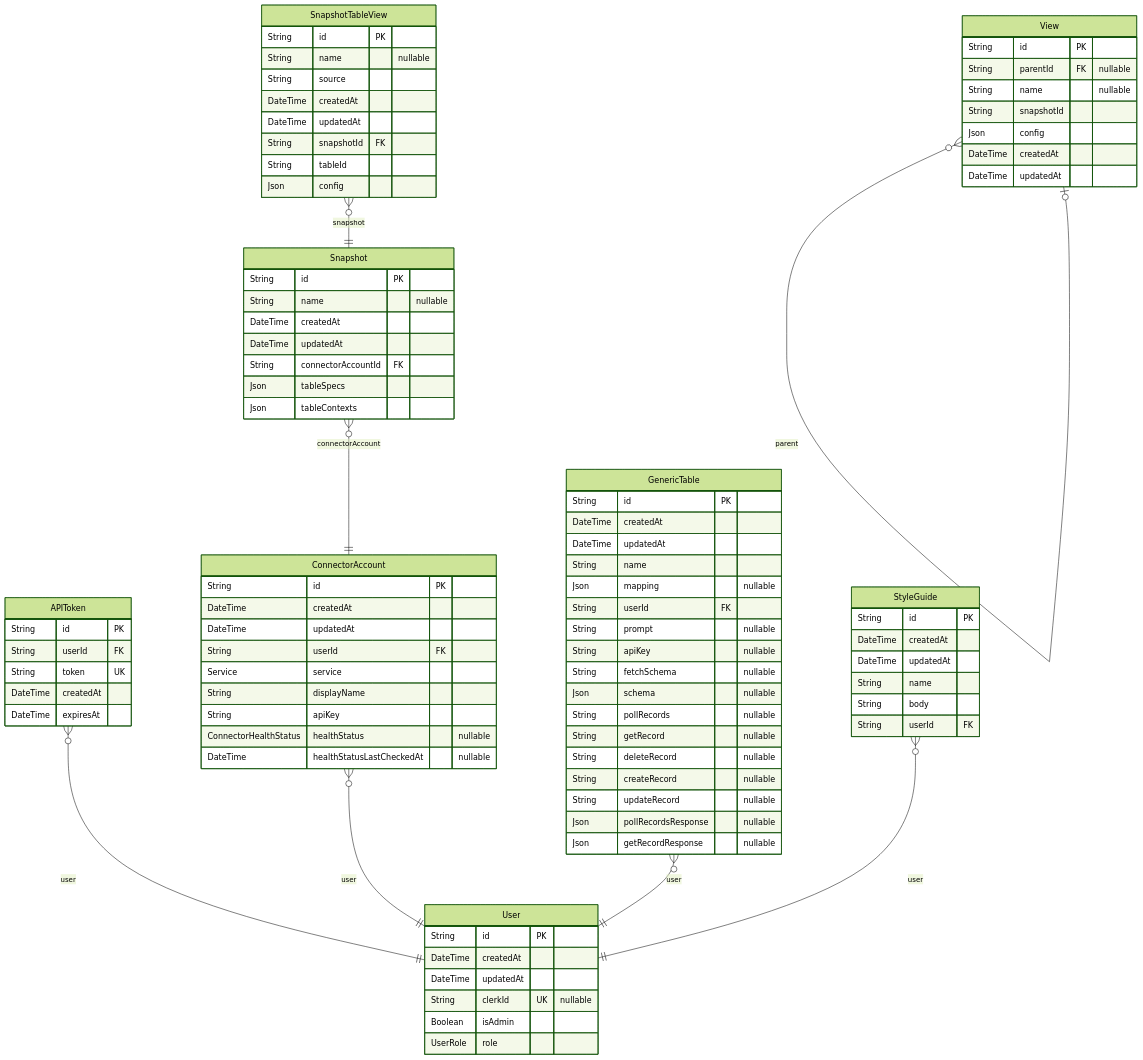
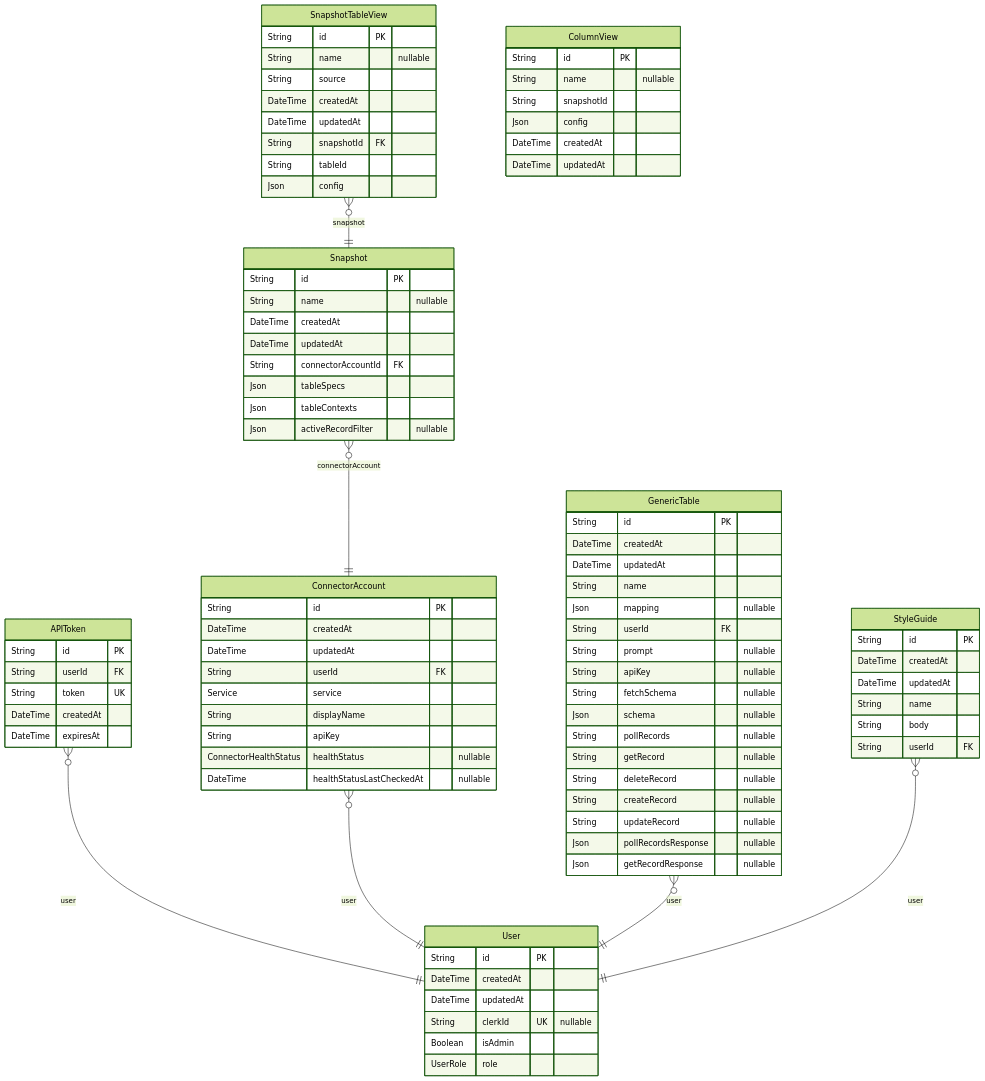
The diagram in server/prisma/ERD.md (whalesync/scratch-cli), drawn with Mermaid (forest theme) before and after one commit. The commit also changed other lines of this file and 32 other files, not shown here.

````diff
--- a/server/prisma/ERD.md
+++ b/server/prisma/ERD.md
@@ -42,6 +42,7 @@
   String connectorAccountId FK
   Json tableSpecs
   Json tableContexts
+  Json activeRecordFilter "nullable"
 }
 "GenericTable" {
   String id PK
@@ -80,9 +81,8 @@
   String body
   String userId FK
 }
-"View" {
+"ColumnView" {
   String id PK
-  String parentId FK "nullable"
   String name "nullable"
   String snapshotId
   Json config
@@ -95,5 +95,4 @@
 "GenericTable" }o--|| "User" : user
 "SnapshotTableView" }o--|| "Snapshot" : snapshot
 "StyleGuide" }o--|| "User" : user
-"View" }o--o| "View" : parent
 ```
````
